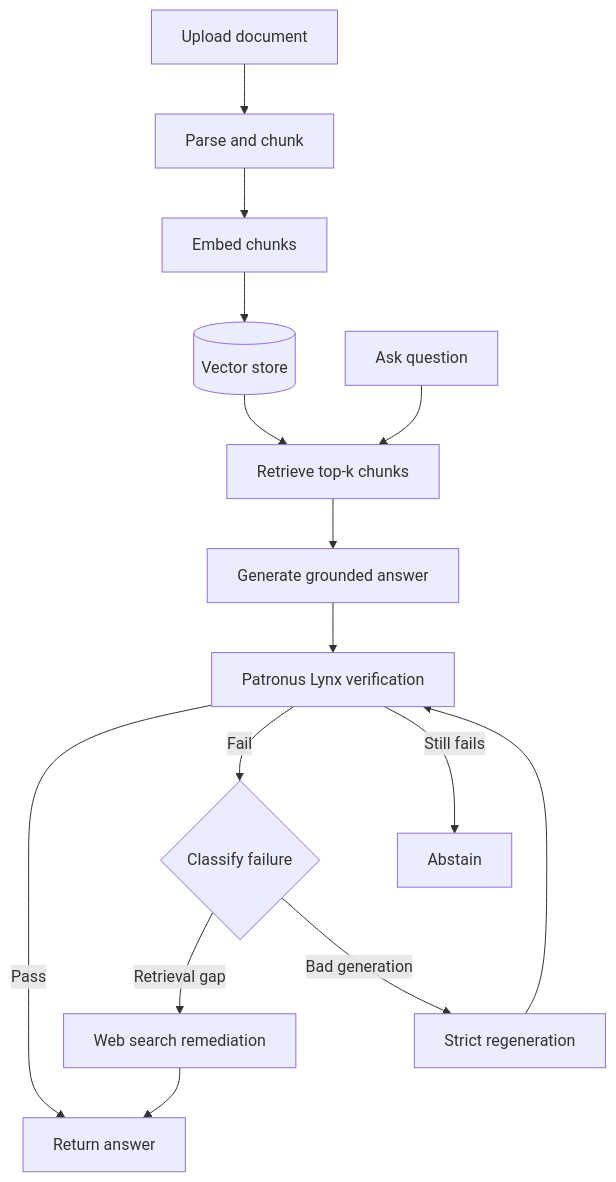
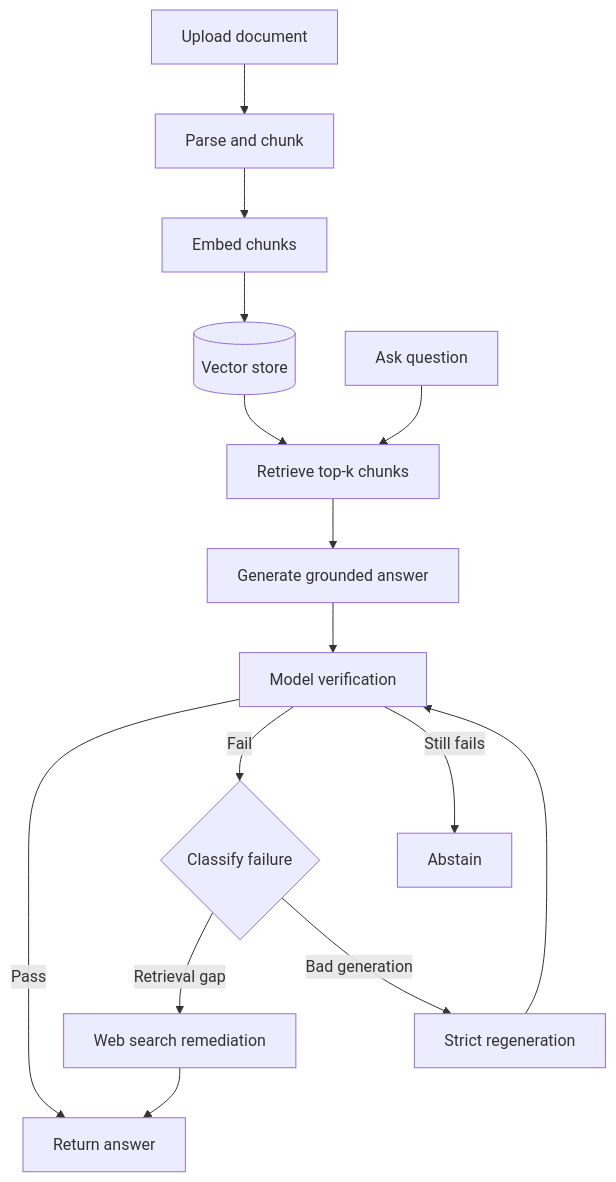
One commit to ashraddhansh/AOA-LLM changed the diagram in README.md. Above: the diagram before and after it, drawn with Mermaid. The commit also changed other lines of this file and 19 other files, not shown here.

````diff
--- a/README.md
+++ b/README.md
@@ -20,17 +20,17 @@
 ```mermaid
 flowchart TD
     A[Upload document] --> B[Parse and chunk]
     B --> C[Embed chunks]
     C --> D[(Vector store)]
     E[Ask question] --> F[Retrieve top-k chunks]
     D --> F
     F --> G[Generate grounded answer]
-    G --> H[Patronus Lynx verification]
+    G --> H[Model verification]
     H -->|Pass| I[Return answer]
     H -->|Fail| J{Classify failure}
     J -->|Retrieval gap| K[Web search remediation]
     J -->|Bad generation| L[Strict regeneration]
     K --> I
     L --> H
     H -->|Still fails| M[Abstain]
 ```
````
